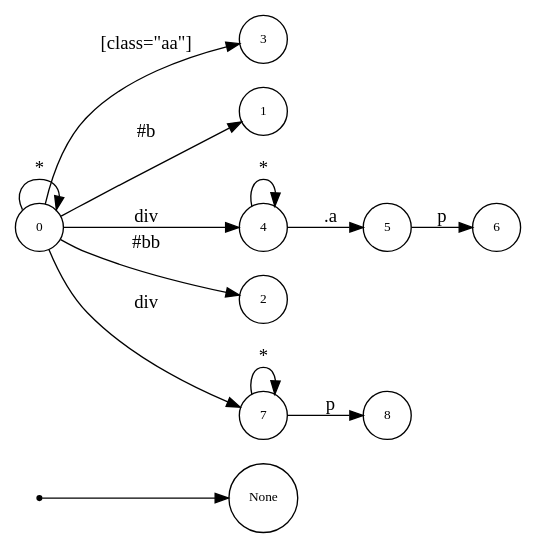
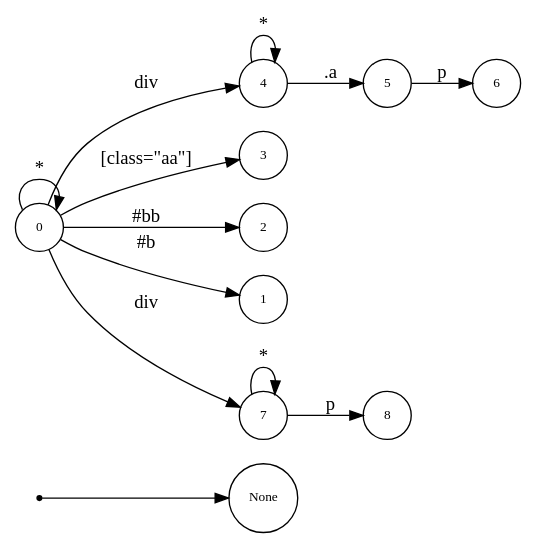
One commit to asukaminato0721/css-bitvector-compiler changed the diagram in css-gen-op/testcase/dot_quad.dot. Above: the diagram before and after it, drawn with Graphviz. The commit also changed other lines of this file and 42 other files, not shown here.

```diff
--- a/css-gen-op/testcase/dot_quad.dot
+++ b/css-gen-op/testcase/dot_quad.dot
@@ -1,27 +1,27 @@
 digraph NFA {
   rankdir=LR;
   node [shape=circle, fontsize=10];
   __start [shape=point, label=""];
   __start -> None;
-  3 [label="3"];
-  1 [label="1"];
-  4 [label="4"];
-  5 [label="5"];
-  2 [label="2"];
-  8 [label="8"];
   6 [label="6"];
   0 [label="0"];
+  5 [label="5"];
+  4 [label="4"];
+  3 [label="3"];
+  2 [label="2"];
+  1 [label="1"];
+  8 [label="8"];
   7 [label="7"];
   { node [shape=doublecircle]; 1 2 3 6 8 }
   0 -> 0 [label="*"];
   0 -> 1 [label="#b"];
   0 -> 2 [label="#bb"];
   0 -> 3 [label="[class=\"aa\"]"];
   0 -> 4 [label="div"];
   4 -> 4 [label="*"];
   4 -> 5 [label=".a"];
   5 -> 6 [label="p"];
   0 -> 7 [label="div"];
   7 -> 7 [label="*"];
   7 -> 8 [label="p"];
 }
```
